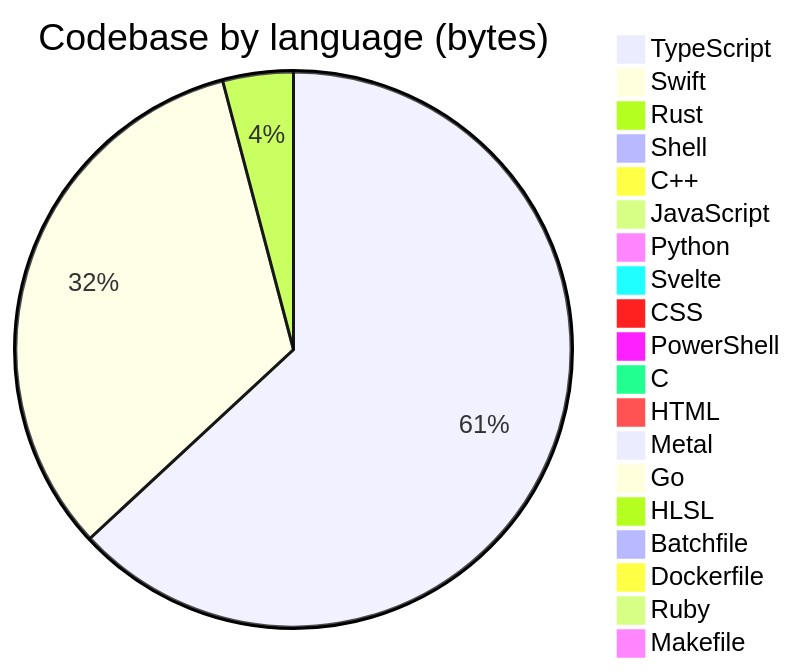
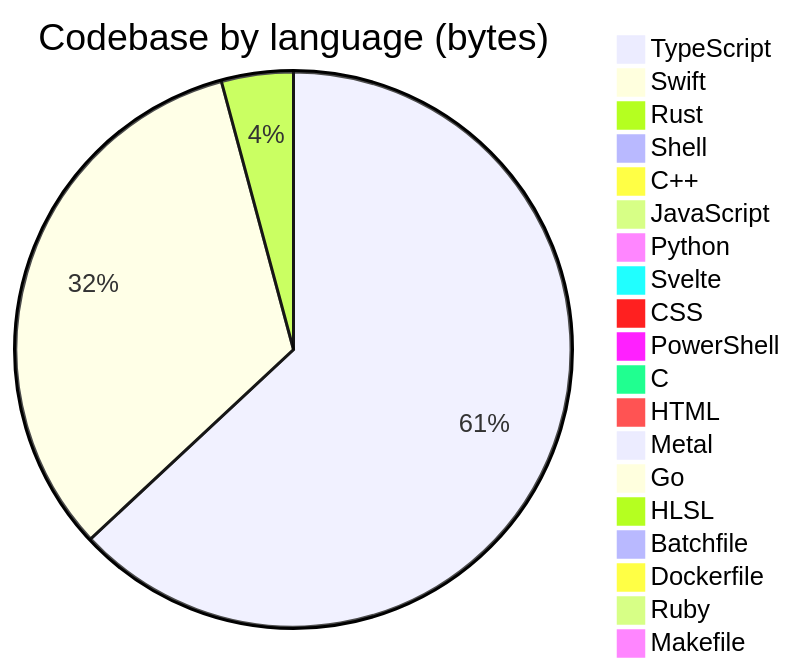
The diagram in profile/README.md (Open330/.github), drawn with Mermaid before and after one commit. The commit also changed other lines of this file, not shown here.

````diff
--- a/profile/README.md
+++ b/profile/README.md
@@ -131,22 +131,22 @@
 ```mermaid
 pie title Codebase by language (bytes)
     "TypeScript" : 34474664
     "Swift" : 17922868
-    "Rust" : 2242104
+    "Rust" : 2286163
     "Shell" : 480571
     "C++" : 388775
-    "JavaScript" : 359700
+    "JavaScript" : 367282
     "Python" : 300772
     "Svelte" : 143451
-    "CSS" : 140736
+    "CSS" : 142831
     "PowerShell" : 128198
     "C" : 114143
-    "HTML" : 49756
+    "HTML" : 49825
     "Metal" : 33033
     "Go" : 22811
     "HLSL" : 7527
     "Batchfile" : 5870
     "Dockerfile" : 4893
     "Ruby" : 1554
     "Makefile" : 1150
 ```
````
